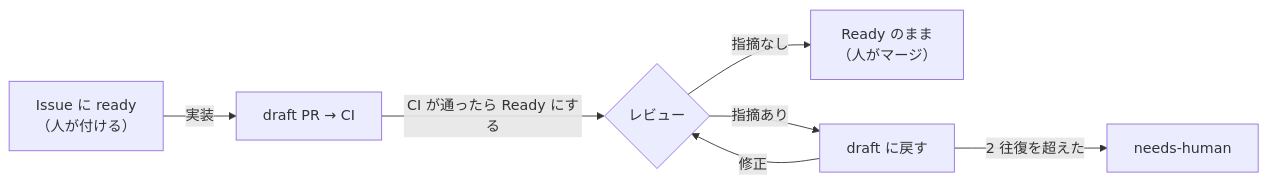
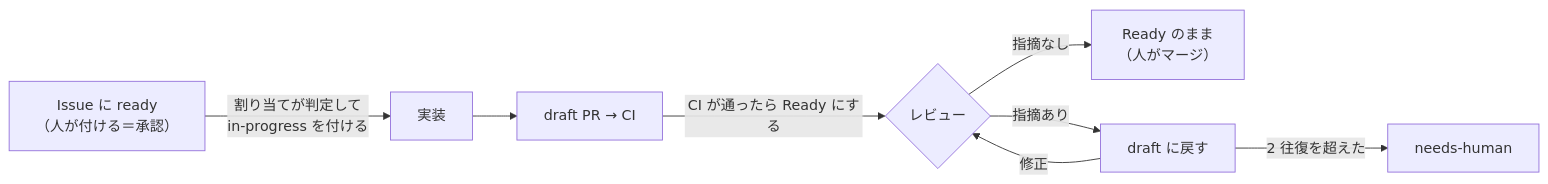
Before and after one commit to namu112358/poc-software-factory-20261112: the diagram in .claude/routines/README.md, drawn with Mermaid. The commit also changed other lines of this file and 7 other files, not shown here.

First line of the commit message:
実装の開始の合図を ready から in-progress に変え、着手の判定を割り当ての役に移す

````diff
--- a/.claude/routines/README.md
+++ b/.claude/routines/README.md
@@ -9,9 +9,10 @@
 ```mermaid
 flowchart LR
-  I["Issue に ready<br/>（人が付ける）"] -->|実装| D["draft PR → CI"]
+  I["Issue に ready<br/>（人が付ける＝承認）"] -->|割り当てが判定して<br/>in-progress を付ける| P["実装"]
+  P --> D["draft PR → CI"]
   D -->|CI が通ったら Ready にする| R{"レビュー"}
   R -- 指摘なし --> OK["Ready のまま<br/>（人がマージ）"]
   R -- 指摘あり --> B["draft に戻す"]
   B -->|修正| R
   B -->|2 往復を超えた| H["needs-human"]
 ```
````
